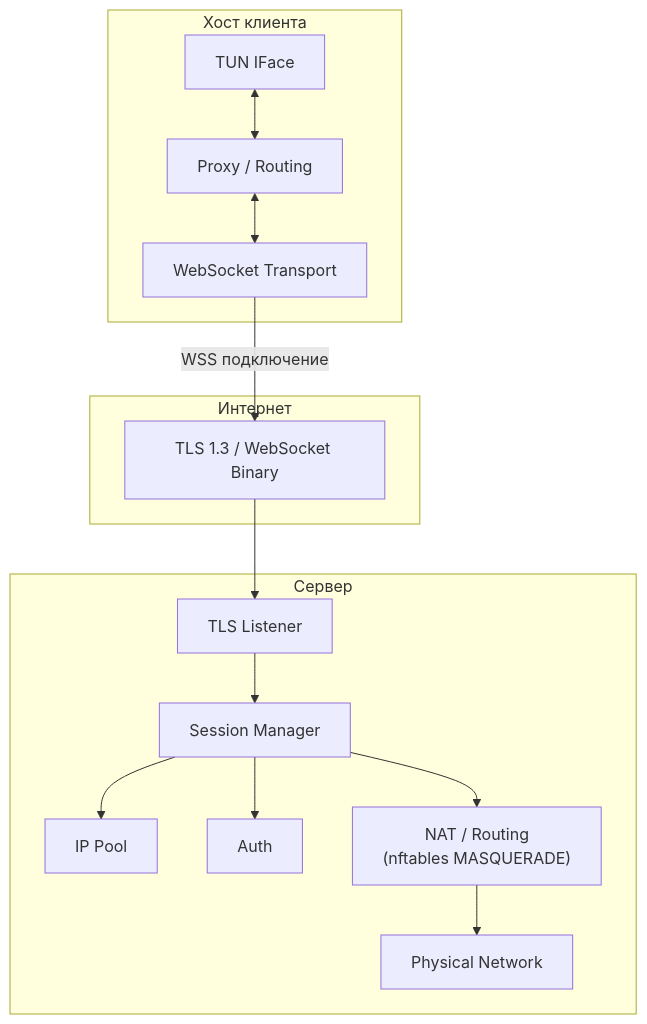
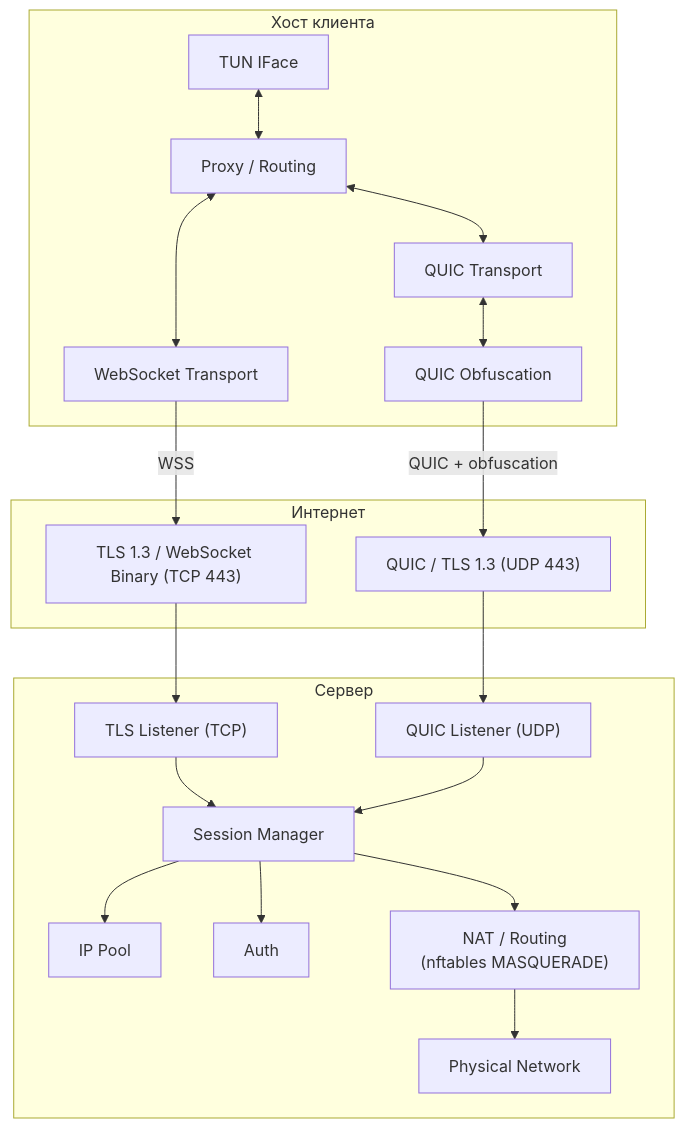
Before and after one commit to bzdvdn/kvn-ws: the diagram in docs/ru/architecture.md, drawn with Mermaid. The commit also changed other lines of this file and 27 other files, not shown here.

Commit message:
quic obfuscation

````diff
--- a/docs/ru/architecture.md
+++ b/docs/ru/architecture.md
@@ -9,31 +9,40 @@
 ```mermaid
 flowchart TB
     subgraph Client["Хост клиента"]
         TUN["TUN IFace"]
         PROXY["Proxy / Routing"]
         WS_CLIENT["WebSocket Transport"]
+        QUIC_CLIENT["QUIC Transport"]
+        OBF["QUIC Obfuscation"]
         TUN <--> PROXY
         PROXY <--> WS_CLIENT
+        PROXY <--> QUIC_CLIENT
+        QUIC_CLIENT <--> OBF
     end
 
     subgraph Internet["Интернет"]
-        TLS_TUNNEL["TLS 1.3 / WebSocket Binary"]
+        WS_TUNNEL["TLS 1.3 / WebSocket Binary (TCP 443)"]
+        QUIC_TUNNEL["QUIC / TLS 1.3 (UDP 443)"]
     end
 
     subgraph Server["Сервер"]
-        TLS["TLS Listener"]
+        TLS["TLS Listener (TCP)"]
+        QUIC_LN["QUIC Listener (UDP)"]
         SESS["Session Manager"]
         IPPOOL["IP Pool"]
         AUTH["Auth"]
         NAT["NAT / Routing<br/>(nftables MASQUERADE)"]
         PHYS["Physical Network"]
         TLS --> SESS
+        QUIC_LN --> SESS
         SESS --> IPPOOL
         SESS --> AUTH
         SESS --> NAT
         NAT --> PHYS
     end
 
-    WS_CLIENT -- "WSS подключение" --> TLS_TUNNEL
-    TLS_TUNNEL --> TLS
+    WS_CLIENT -- "WSS" --> WS_TUNNEL
+    WS_TUNNEL --> TLS
+    OBF -- "QUIC + obfuscation" --> QUIC_TUNNEL
+    QUIC_TUNNEL --> QUIC_LN
 ```
````
